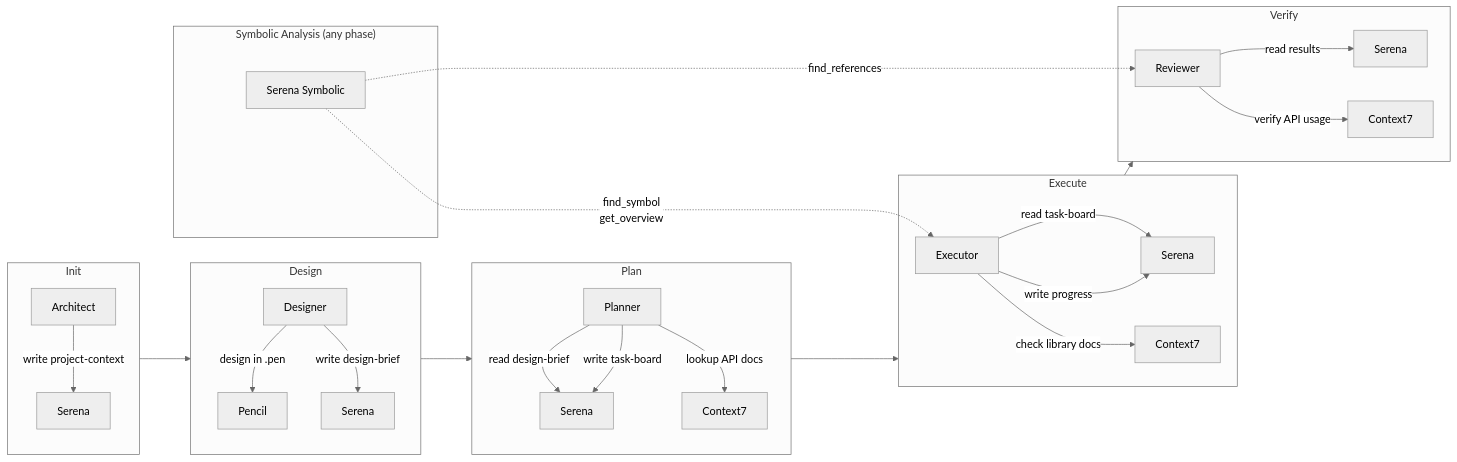
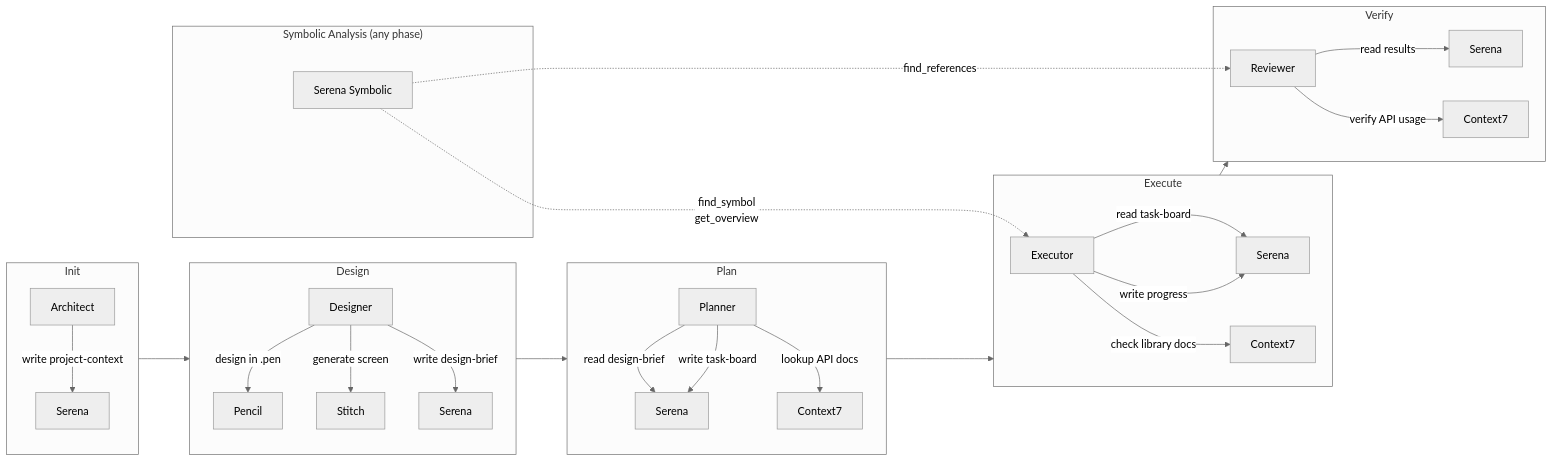
One commit to quangphpmcn-boop/Nexus changed the diagram in .agent/agents/_shared/mcp-protocol.md. Above: the diagram before and after it, drawn with Mermaid (neutral theme). The commit also changed other lines of this file and 9 other files, not shown here.

````diff
--- a/.agent/agents/_shared/mcp-protocol.md
+++ b/.agent/agents/_shared/mcp-protocol.md
@@ -332,35 +379,36 @@
 ```mermaid
 flowchart LR
     subgraph Init
         I1["Architect"] -->|write project-context| SM1["Serena"]
     end
 
     subgraph Design
-        D1["Designer"] -->|design in .pen| PEN["Pencil"]
+        D1["Designer"] -->|"design in .pen"| PEN["Pencil"]
+        D1 -->|"generate screen"| STI["Stitch"]
         D1 -->|write design-brief| SM2["Serena"]
     end
 
     subgraph Plan
         P1["Planner"] -->|read design-brief| SM3["Serena"]
         P1 -->|lookup API docs| C7["Context7"]
         P1 -->|write task-board| SM3
     end
 
     subgraph Execute
         E1["Executor"] -->|read task-board| SM4["Serena"]
         E1 -->|check library docs| C72["Context7"]
         E1 -->|write progress| SM4
     end
 
     subgraph Verify
         R1["Reviewer"] -->|read results| SM5["Serena"]
         R1 -->|verify API usage| C73["Context7"]
     end
 
     subgraph "Symbolic Analysis (any phase)"
         SYM["Serena Symbolic"] -..->|"find_symbol\nget_overview"| E1
         SYM -..->|"find_references"| R1
     end
 
     Init --> Design --> Plan --> Execute --> Verify
 ```
````
